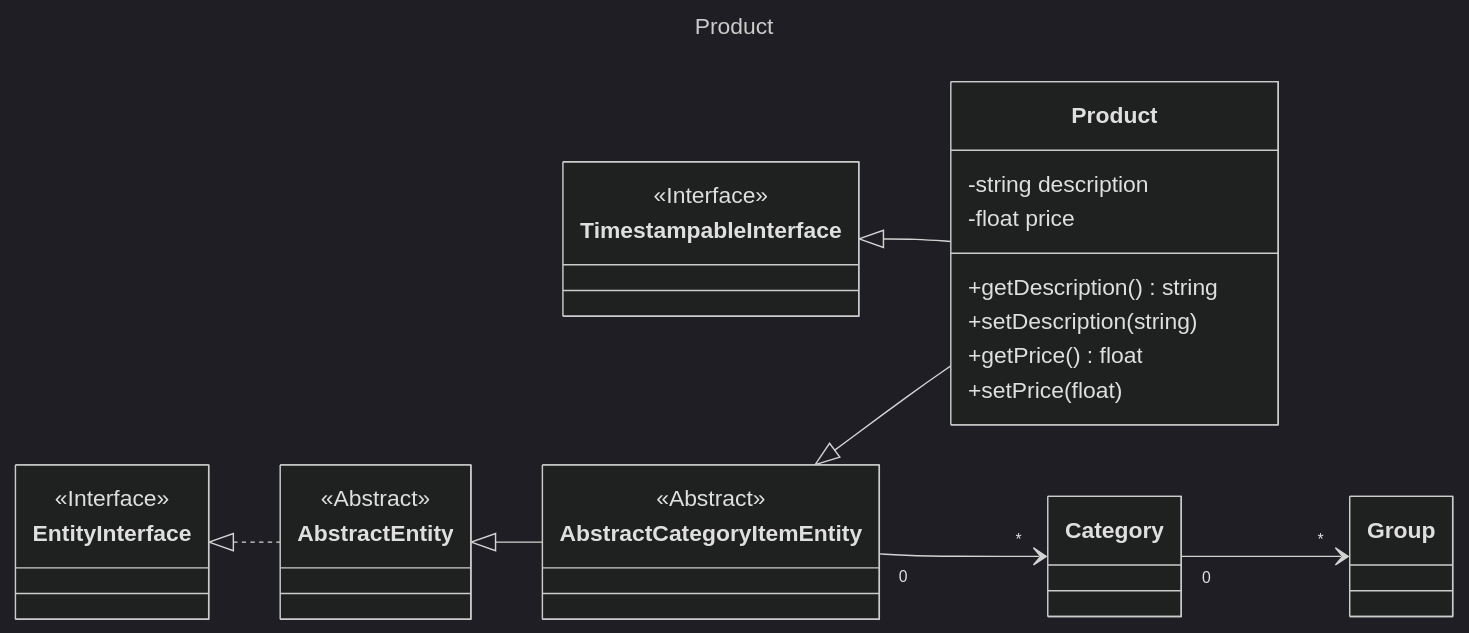
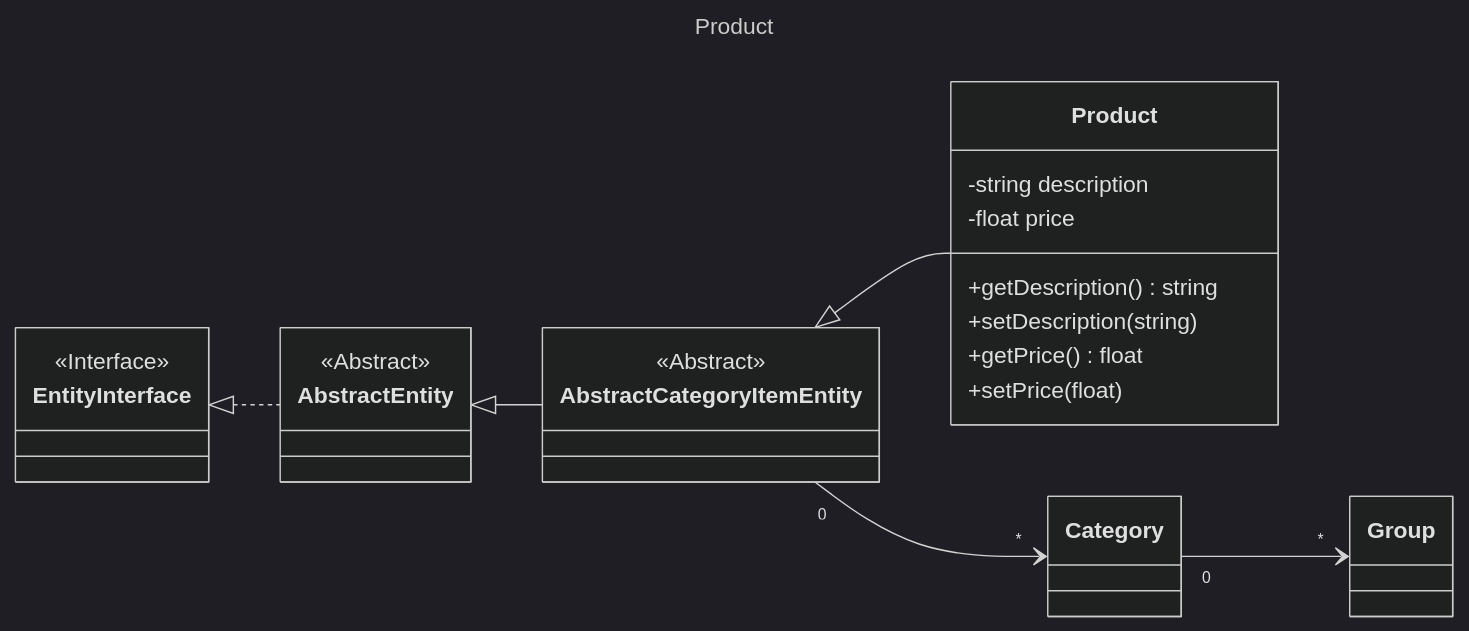
One commit to laurentmuller/calculation changed the diagram in resources/diagrams/product.mmd. Above: the diagram before and after it, drawn with Mermaid (dark theme). The commit also changed 22 other files, not shown here.

```diff
--- a/resources/diagrams/product.mmd
+++ b/resources/diagrams/product.mmd
@@ -1,44 +1,38 @@
 ---
 title: Product
 ---
 classDiagram
     direction LR
 
     class AbstractCategoryItemEntity {
         <<Abstract>>
     }
 
     class Product {
         -string description
         -float price
         +getDescription() string
         +setDescription(string)
         +getPrice() float
         +setPrice(float)
     }
 
     class AbstractEntity {
         <<Abstract>>
     }
 
     class EntityInterface {
         <<Interface>>
     }
 
-    class TimestampableInterface {
-        <<Interface>>
-    }
-
     EntityInterface <|.. AbstractEntity
     AbstractEntity <|-- AbstractCategoryItemEntity
     AbstractCategoryItemEntity <|-- Product
     AbstractCategoryItemEntity "0" --> "*" Category
     Category "0" --> "*" Group
-    TimestampableInterface <|-- Product
 
     click EntityInterface call nodeCallback()
     click AbstractEntity call nodeCallback()
     click AbstractCategoryItemEntity call nodeCallback()
     click Category call nodeCallback()
     click Group call nodeCallback()
-    click TimestampableInterface call nodeCallback()
```
